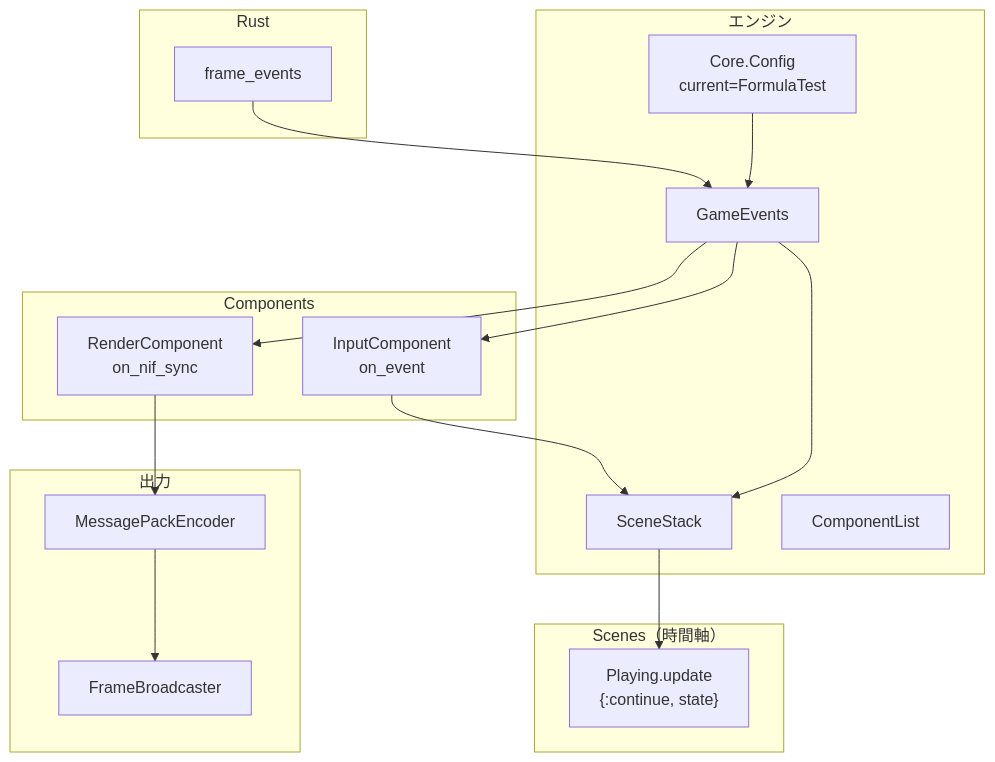
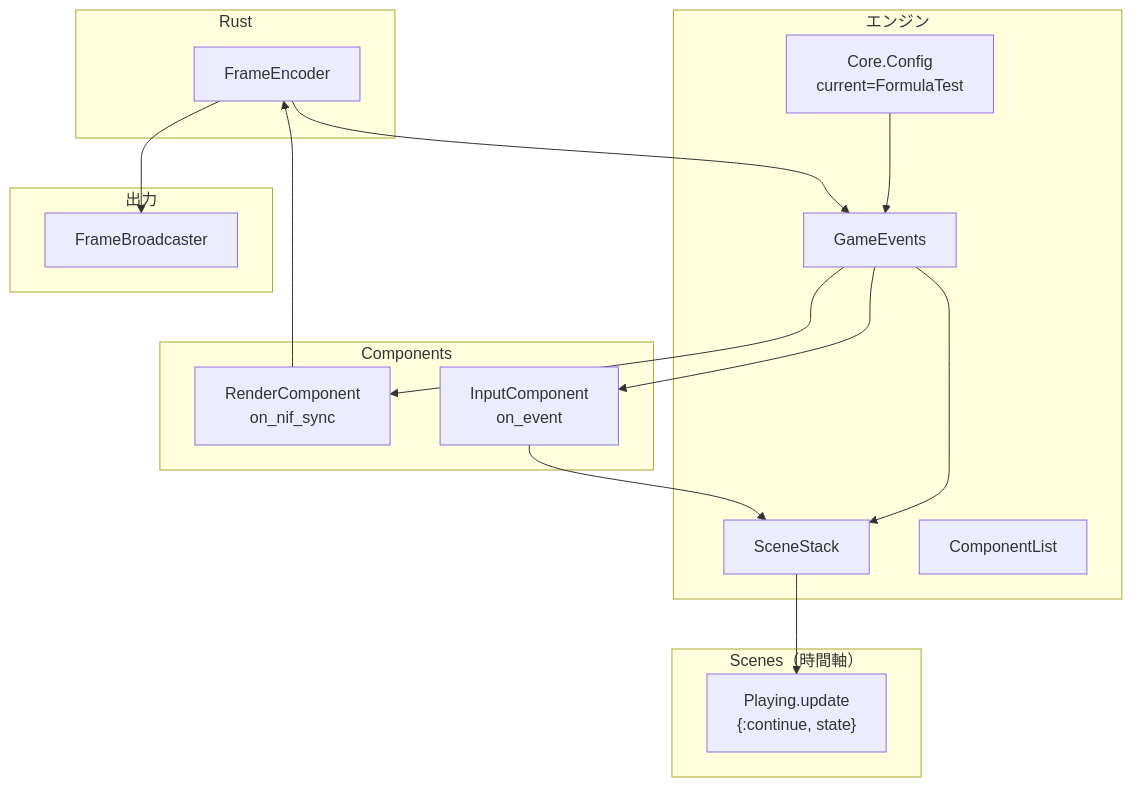
The seventh of 7 diagrams in docs/architecture/formula-test-phase1-architecture.md (FRICK-ELDY/alchemy-engine), drawn with Mermaid before and after one commit. The commit also changed other lines of this file and 50 other files, not shown here.

````diff
--- a/docs/architecture/formula-test-phase1-architecture.md
+++ b/docs/architecture/formula-test-phase1-architecture.md
@@ -344,37 +344,37 @@
 ```mermaid
 flowchart TB
     subgraph rust["Rust"]
         FE["frame_events"]
     end
 
     subgraph engine["エンジン"]
         CFG["Core.Config\ncurrent=FormulaTest"]
         GE["GameEvents"]
         SS["SceneStack"]
         CL["ComponentList"]
     end
 
     subgraph scene["Scenes（時間軸）"]
         UP["Playing.update\n{:continue, state}"]
     end
 
     subgraph comp["Components"]
         RC["RenderComponent\non_nif_sync"]
         IC["InputComponent\non_event"]
     end
 
     subgraph output["出力"]
-        MP["MessagePackEncoder"]
+        FE["FrameEncoder"]
         FB["FrameBroadcaster"]
     end
 
     CFG --> GE
     FE --> GE
     GE --> SS
     SS --> UP
     GE --> RC
     GE --> IC
-    RC --> MP
-    MP --> FB
+    RC --> FE
+    FE --> FB
     IC --> SS
 ```
````
